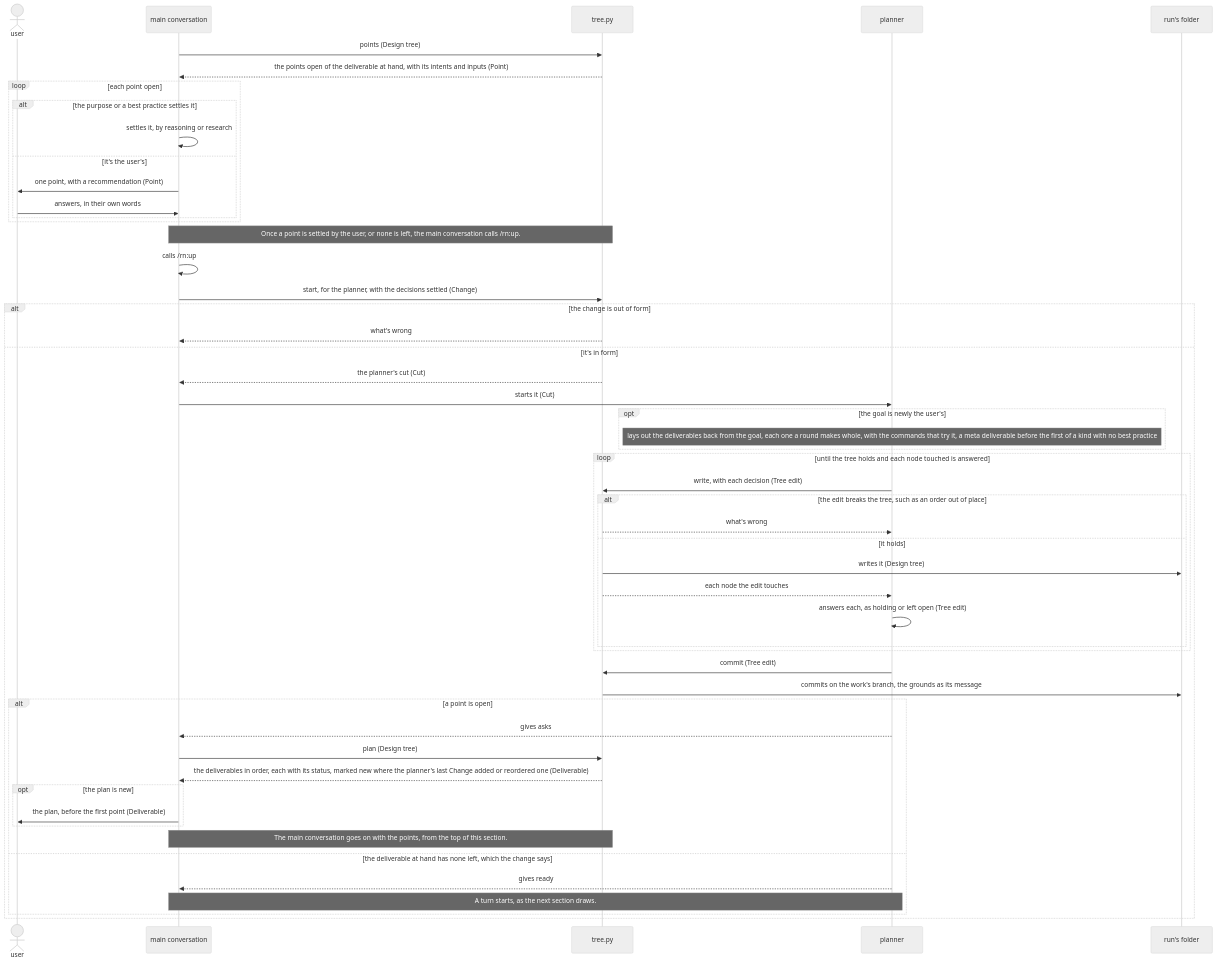
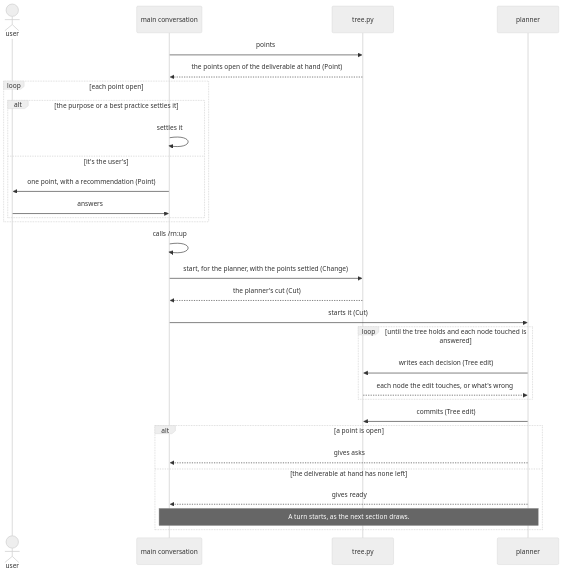
One commit to lovaizu/ccpm changed the second of 6 diagrams in dev/rn/architecture.md. Above: the diagram before and after it, drawn with Mermaid (neutral theme). The commit also changed other lines of this file and 40 other files, not shown here.

````diff
--- a/dev/rn/architecture.md
+++ b/dev/rn/architecture.md
@@ -492,54 +250,32 @@
 ```mermaid
 sequenceDiagram
   actor U as user
   participant M as main conversation
   participant T as tree.py
   participant P as planner
-  participant R as run's folder
-  M->>T: points (Design tree)
-  T-->>M: the points open of the deliverable at hand, with its intents and inputs (Point)
+  M->>T: points
+  T-->>M: the points open of the deliverable at hand (Point)
   loop each point open
     alt the purpose or a best practice settles it
-      M->>M: settles it, by reasoning or research
+      M->>M: settles it
     else it's the user's
       M->>U: one point, with a recommendation (Point)
-      U->>M: answers, in their own words
+      U->>M: answers
     end
   end
-  Note over M,T: Once a point is settled by the user, or none is left, the main conversation calls /rn:up.
   M->>M: calls /rn:up
-  M->>T: start, for the planner, with the decisions settled (Change)
-  alt the change is out of form
-    T-->>M: what's wrong
-  else it's in form
-    T-->>M: the planner's cut (Cut)
-    M->>P: starts it (Cut)
-    opt the goal is newly the user's
-      Note over P: lays out the deliverables back from the goal, each one a round makes whole, with the commands that try it, a meta deliverable before the first of a kind with no best practice
-    end
-    loop until the tree holds and each node touched is answered
-      P->>T: write, with each decision (Tree edit)
-      alt the edit breaks the tree, such as an order out of place
-        T-->>P: what's wrong
-      else it holds
-        T->>R: writes it (Design tree)
-        T-->>P: each node the edit touches
-        P->>P: answers each, as holding or left open (Tree edit)
-      end
-    end
-    P->>T: commit (Tree edit)
-    T->>R: commits on the work's branch, the grounds as its message
-    alt a point is open
-      P-->>M: gives asks
-      M->>T: plan (Design tree)
-      T-->>M: the deliverables in order, each with its status, marked new where the planner's last Change added or reordered one (Deliverable)
-      opt the plan is new
-        M->>U: the plan, before the first point (Deliverable)
-      end
-      Note over M,T: The main conversation goes on with the points, from the top of this section.
-    else the deliverable at hand has none left, which the change says
-      P-->>M: gives ready
-      Note over M,P: A turn starts, as the next section draws.
-    end
+  M->>T: start, for the planner, with the points settled (Change)
+  T-->>M: the planner's cut (Cut)
+  M->>P: starts it (Cut)
+  loop until the tree holds and each node touched is answered
+    P->>T: writes each decision (Tree edit)
+    T-->>P: each node the edit touches, or what's wrong
+  end
+  P->>T: commits (Tree edit)
+  alt a point is open
+    P-->>M: gives asks
+  else the deliverable at hand has none left
+    P-->>M: gives ready
+    Note over M,P: A turn starts, as the next section draws.
   end
 ```
````
